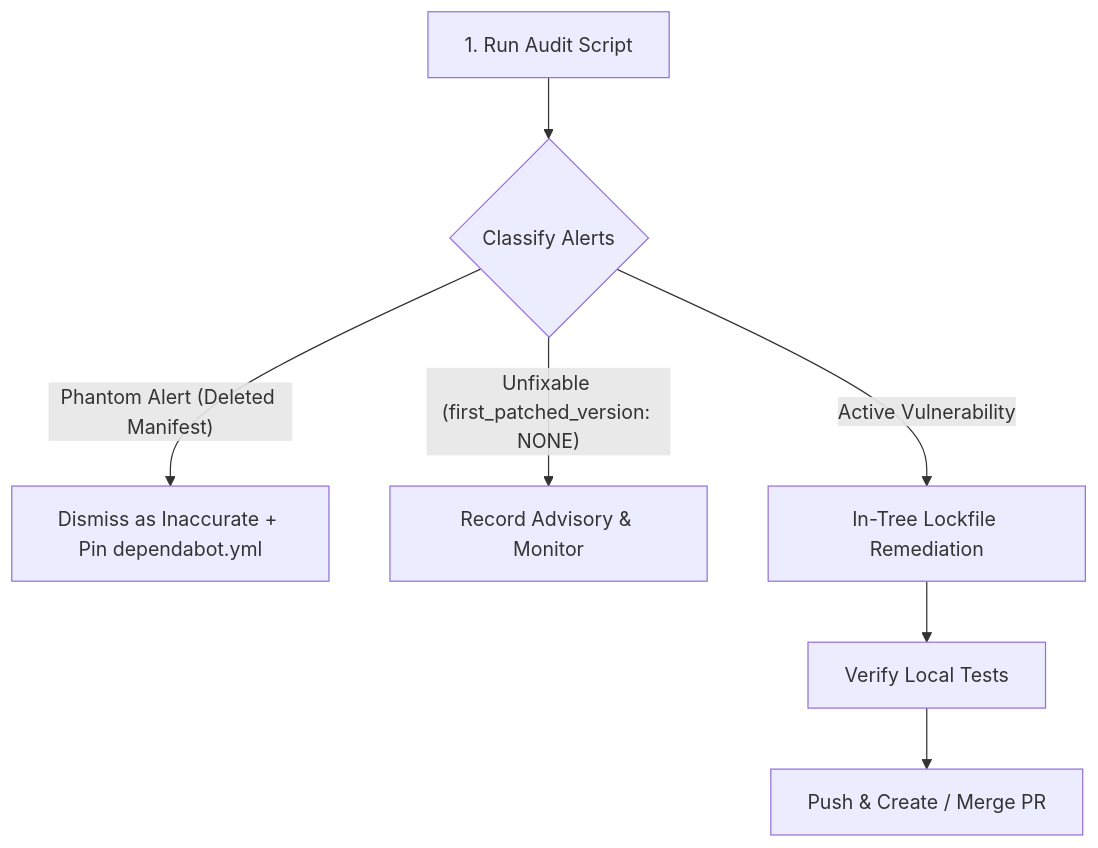
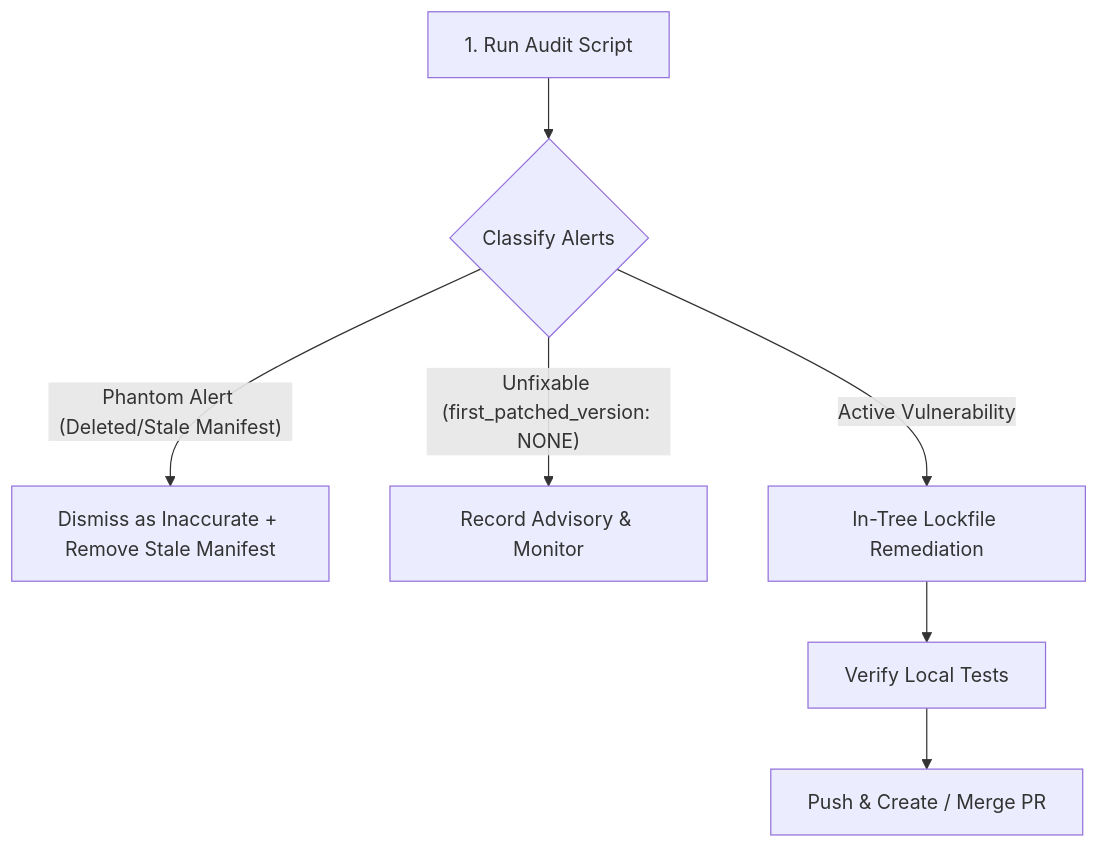
Before and after one commit to warpcode/dotfiles: the diagram in .github/skills/github-dependabot/SKILL.md, drawn with Mermaid. The commit also changed other lines of this file and 1 other file, not shown here.

Commit message:
docs(skills): address PR #183 review feedback for github-dependabot skill

````diff
--- a/.github/skills/github-dependabot/SKILL.md
+++ b/.github/skills/github-dependabot/SKILL.md
@@ -16,9 +16,9 @@
 ```mermaid
 flowchart TD
     A["1. Run Audit Script"] --> B{"Classify Alerts"}
-    B -->|"Phantom Alert (Deleted Manifest)"| C["Dismiss as Inaccurate + Pin dependabot.yml"]
+    B -->|"Phantom Alert (Deleted/Stale Manifest)"| C["Dismiss as Inaccurate + Remove Stale Manifest"]
     B -->|"Unfixable (first_patched_version: NONE)"| D["Record Advisory & Monitor"]
     B -->|"Active Vulnerability"| E["In-Tree Lockfile Remediation"]
     E --> F["Verify Local Tests"]
     F --> G["Push & Create / Merge PR"]
 ```
````
